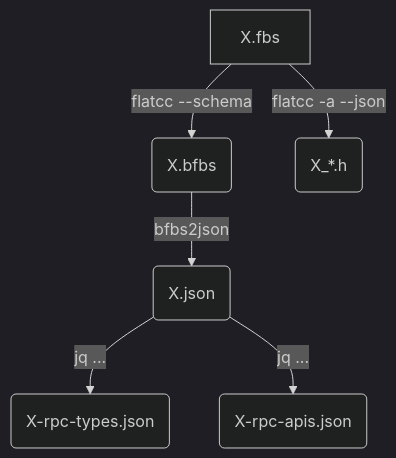
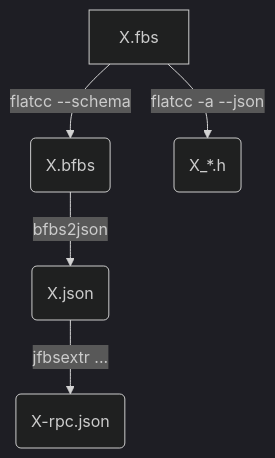
The second of 3 diagrams in flatbuffers/README.md (redpesk-core/afb-idl), drawn with Mermaid (dark theme) before and after one commit. The commit also changed 4 other files, not shown here.

````diff
--- a/flatbuffers/README.md
+++ b/flatbuffers/README.md
@@ -100,14 +100,12 @@
 ```mermaid
 graph
     XS[X.fbs]
     XB(X.bfbs)
     XJ(X.json)
     XH(X_*.h)
-    XTYP(X-rpc-types.json)
-    XRPC(X-rpc-apis.json)
+    JEXTR(X-rpc.json)
     XS -->|flatcc --schema| XB
     XB -->|bfbs2json| XJ
     XS -->|flatcc -a --json| XH
-    XJ -->|jq ...| XTYP
-    XJ -->|jq ...| XRPC
+    XJ -->|jfbsextr ...| JEXTR
 ```
````
